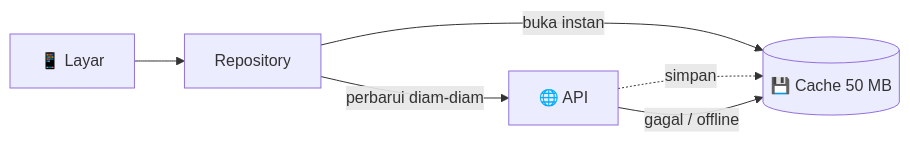
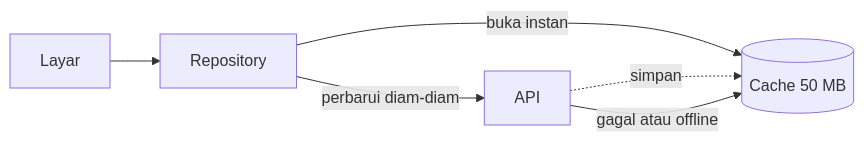
One commit to fuwanime/fuwastream changed the second of 2 diagrams in README.md. Above: the diagram before and after it, drawn with Mermaid. The commit also changed other lines of this file and 6 other files, not shown here.

````diff
--- a/README.md
+++ b/README.md
@@ -96,8 +150,8 @@
 ```mermaid
 flowchart LR
-    A["📱 Layar"] --> R["Repository"]
-    R -->|"buka instan"| C[("💾 Cache 50 MB")]
-    R -->|"perbarui diam-diam"| N["🌐 API"]
+    A["Layar"] --> R["Repository"]
+    R -->|"buka instan"| C[("Cache 50 MB")]
+    R -->|"perbarui diam-diam"| N["API"]
     N -. "simpan" .-> C
-    N -- "gagal / offline" --> C
+    N -- "gagal atau offline" --> C
 ```
````
